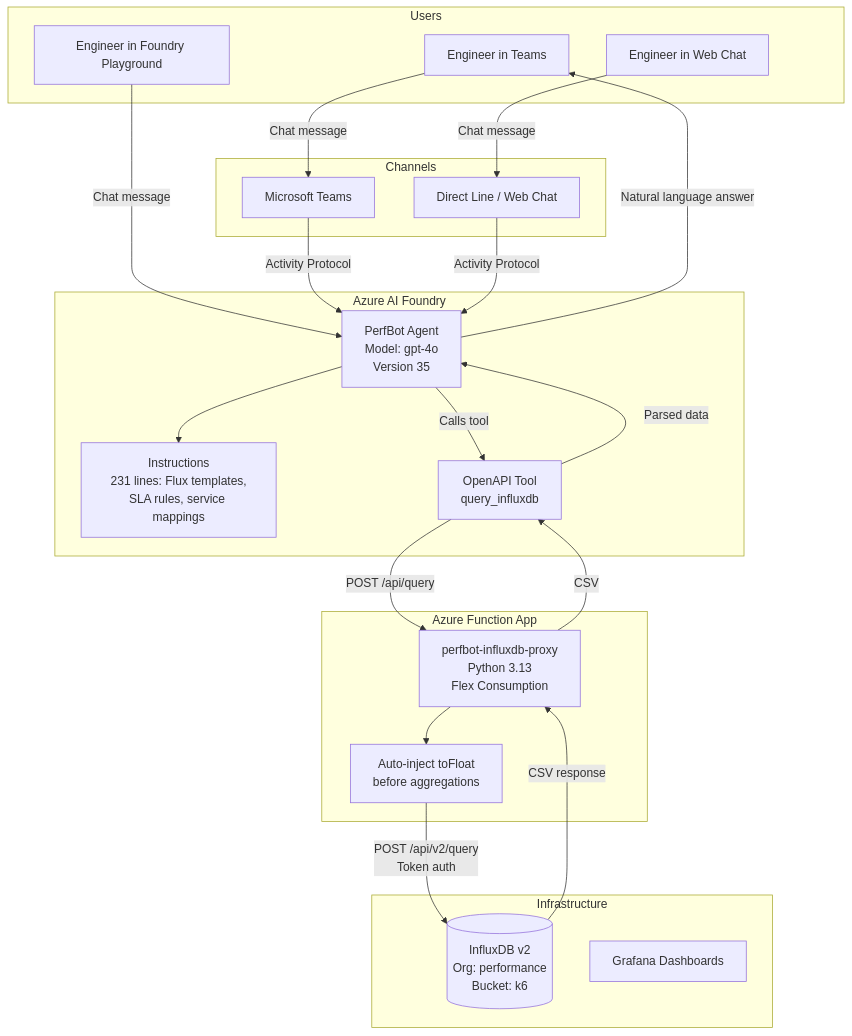
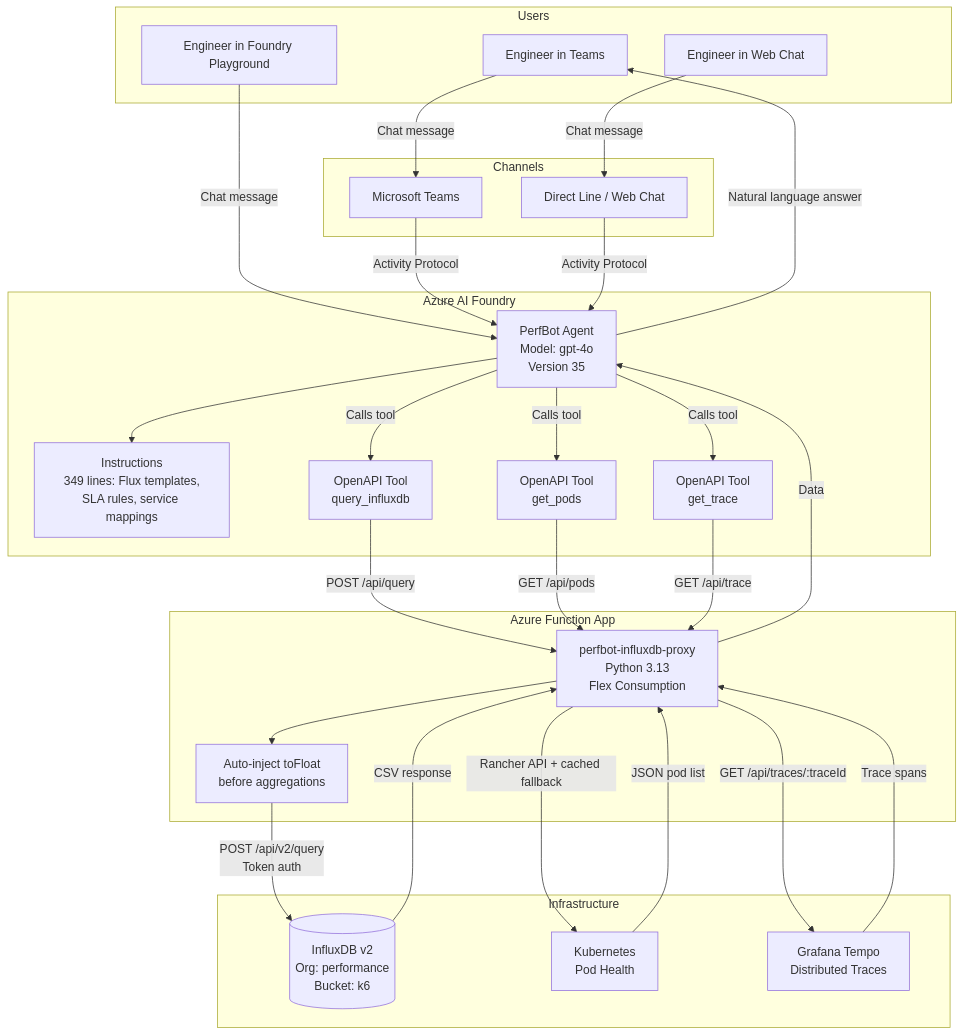
One commit to schoudhary-conga/hackathon-project changed the diagram in perfbot-hackathon/docs/architecture.md. Above: the diagram before and after it, drawn with Mermaid. The commit also changed other lines of this file and 3 other files, not shown here.

````diff
--- a/perfbot-hackathon/docs/architecture.md
+++ b/perfbot-hackathon/docs/architecture.md
@@ -9,44 +9,54 @@
 ```mermaid
 flowchart TD
     subgraph Users
         A[Engineer in Teams]
         B[Engineer in Foundry Playground]
         C[Engineer in Web Chat]
     end
 
     subgraph "Azure AI Foundry"
         D[PerfBot Agent<br/>Model: gpt-4o<br/>Version 35]
-        E[Instructions<br/>231 lines: Flux templates,<br/>SLA rules, service mappings]
-        F[OpenAPI Tool<br/>query_influxdb]
+        E[Instructions<br/>349 lines: Flux templates,<br/>SLA rules, service mappings]
+        F1[OpenAPI Tool<br/>query_influxdb]
+        F2[OpenAPI Tool<br/>get_pods]
+        F3[OpenAPI Tool<br/>get_trace]
     end
 
     subgraph "Azure Function App"
         H[perfbot-influxdb-proxy<br/>Python 3.13<br/>Flex Consumption]
         I[Auto-inject toFloat<br/>before aggregations]
     end
 
     subgraph "Infrastructure"
         J[(InfluxDB v2<br/>Org: performance<br/>Bucket: k6)]
-        K[Grafana Dashboards]
+        K[Kubernetes<br/>Pod Health]
+        L2[Grafana Tempo<br/>Distributed Traces]
     end
 
     subgraph "Channels"
         L[Microsoft Teams]
         M[Direct Line / Web Chat]
     end
 
     A -->|Chat message| L
     B -->|Chat message| D
     C -->|Chat message| M
     L -->|Activity Protocol| D
     M -->|Activity Protocol| D
     D --> E
-    D -->|Calls tool| F
-    F -->|POST /api/query| H
+    D -->|Calls tool| F1
+    D -->|Calls tool| F2
+    D -->|Calls tool| F3
+    F1 -->|POST /api/query| H
+    F2 -->|GET /api/pods| H
+    F3 -->|GET /api/trace| H
     H --> I
     I -->|POST /api/v2/query<br/>Token auth| J
+    H -->|Rancher API + cached fallback| K
+    H -->|GET /api/traces/:traceId| L2
     J -->|CSV response| H
-    H -->|CSV| F
-    F -->|Parsed data| D
+    K -->|JSON pod list| H
+    L2 -->|Trace spans| H
+    H -->|Data| D
     D -->|Natural language answer| A
 ```
````
